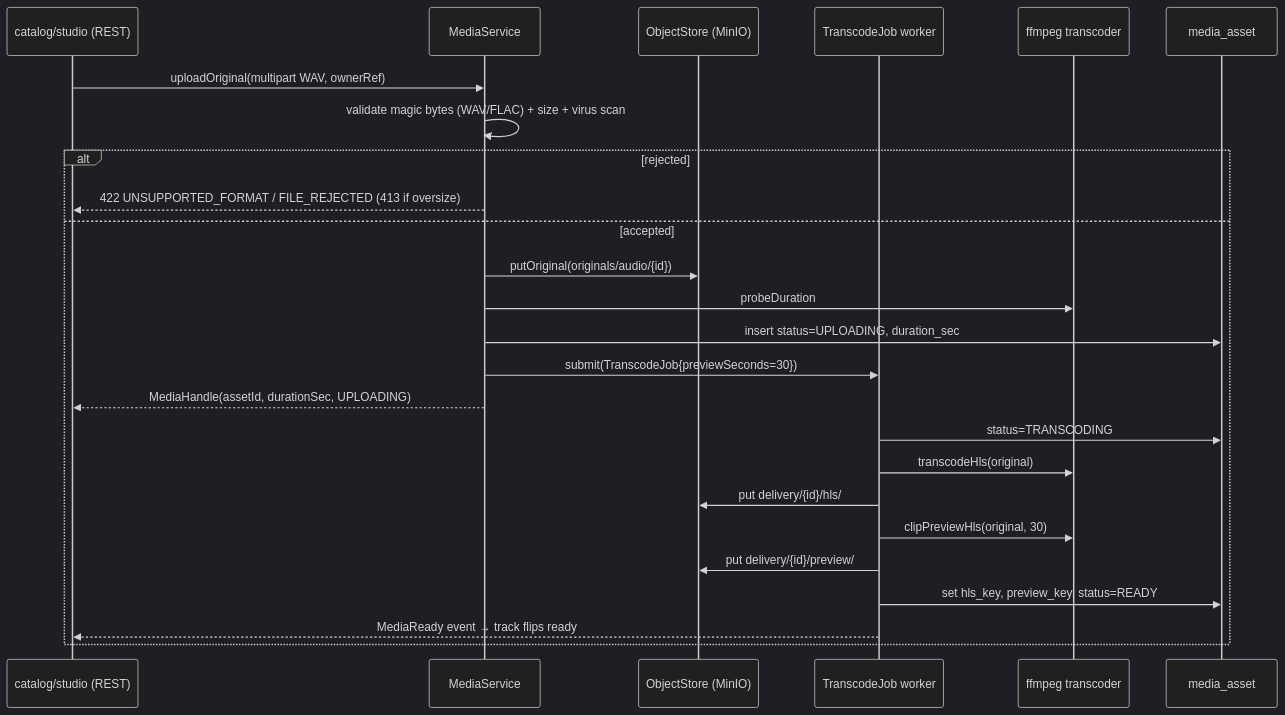
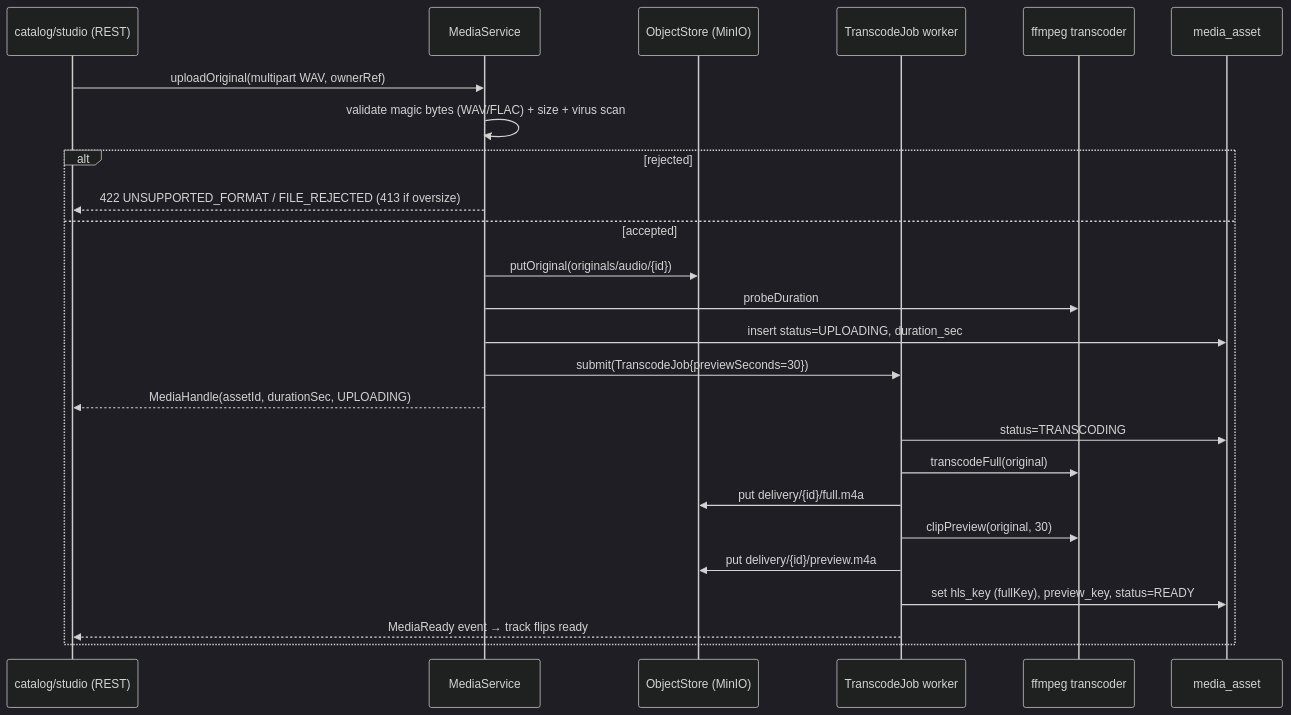
One commit to Shakvilla/beatzmedia changed the third of 5 diagrams in backend/docs/architecture/media.md. Above: the diagram before and after it, drawn with Mermaid (dark theme). The commit also changed other lines of this file and 54 other files, not shown here.

````diff
--- a/backend/docs/architecture/media.md
+++ b/backend/docs/architecture/media.md
@@ -333,27 +362,27 @@
 ```mermaid
 sequenceDiagram
   participant Studio as catalog/studio (REST)
   participant Svc as MediaService
   participant Store as ObjectStore (MinIO)
   participant Job as TranscodeJob worker
   participant FF as ffmpeg transcoder
   participant DB as media_asset
   Studio->>Svc: uploadOriginal(multipart WAV, ownerRef)
   Svc->>Svc: validate magic bytes (WAV/FLAC) + size + virus scan
   alt rejected
     Svc-->>Studio: 422 UNSUPPORTED_FORMAT / FILE_REJECTED  (413 if oversize)
   else accepted
     Svc->>Store: putOriginal(originals/audio/{id})
     Svc->>FF: probeDuration
     Svc->>DB: insert status=UPLOADING, duration_sec
     Svc->>Job: submit(TranscodeJob{previewSeconds=30})
     Svc-->>Studio: MediaHandle(assetId, durationSec, UPLOADING)
     Job->>DB: status=TRANSCODING
-    Job->>FF: transcodeHls(original)
-    Job->>Store: put delivery/{id}/hls/
-    Job->>FF: clipPreviewHls(original, 30)
-    Job->>Store: put delivery/{id}/preview/
-    Job->>DB: set hls_key, preview_key, status=READY
+    Job->>FF: transcodeFull(original)
+    Job->>Store: put delivery/{id}/full.m4a
+    Job->>FF: clipPreview(original, 30)
+    Job->>Store: put delivery/{id}/preview.m4a
+    Job->>DB: set hls_key (fullKey), preview_key, status=READY
     Job-->>Studio: MediaReady event → track flips ready
   end
 ```
````
